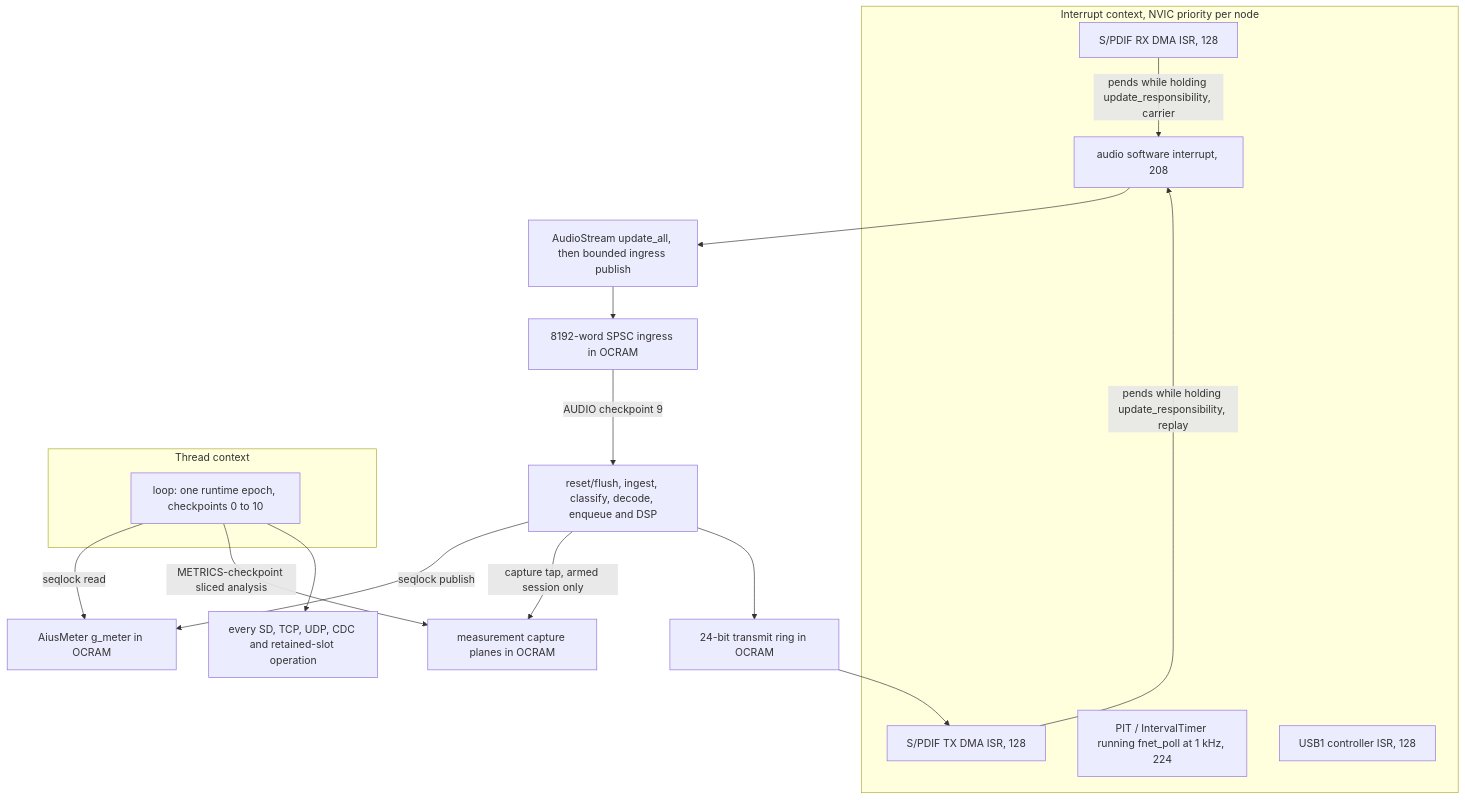
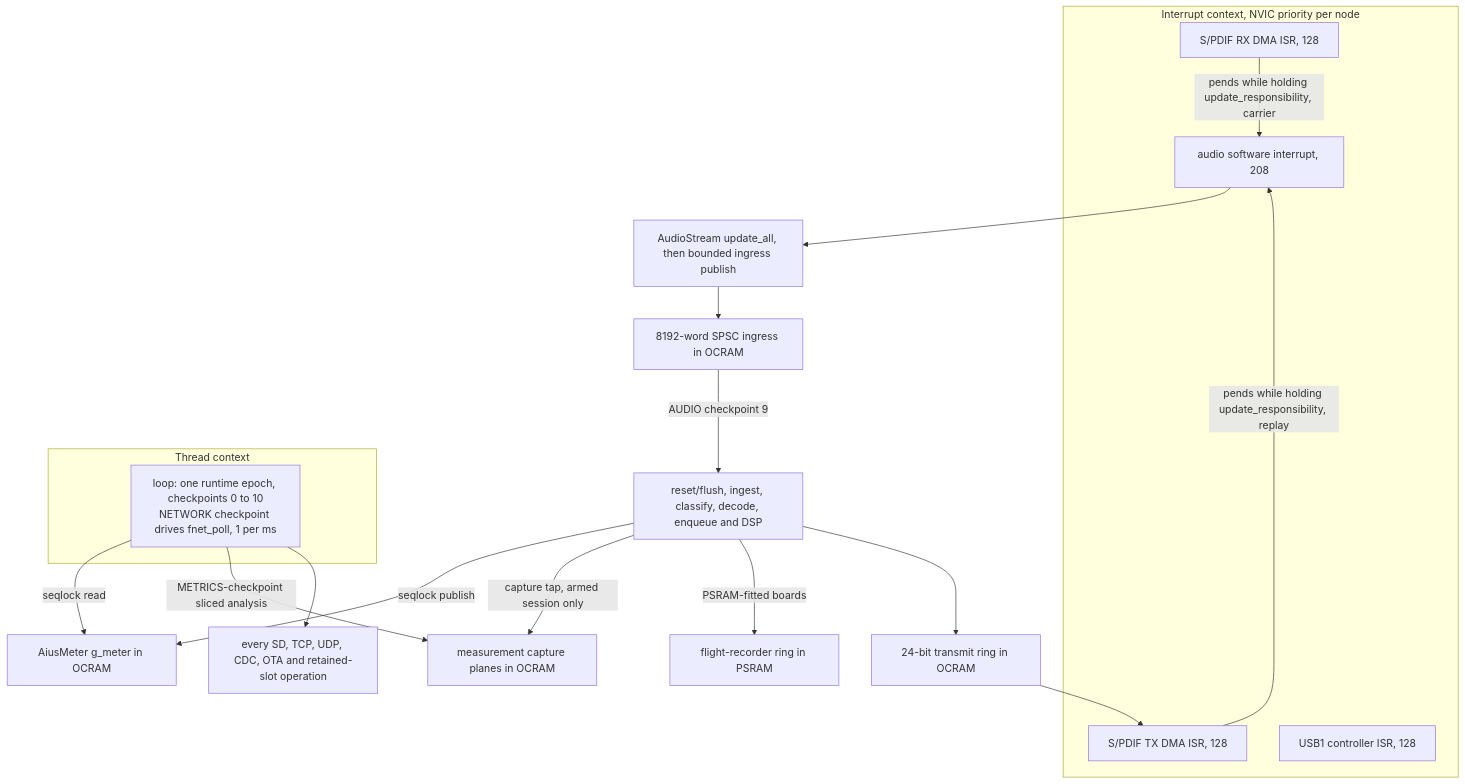
Before and after one commit to d3aek/aius: the diagram in docs/reference/firmware-io.md, drawn with Mermaid. The commit also changed other lines of this file and 24 other files, not shown here.

````diff
--- a/docs/reference/firmware-io.md
+++ b/docs/reference/firmware-io.md
@@ -93,25 +96,25 @@
 ```mermaid
 flowchart TB
   subgraph interrupt["Interrupt context, NVIC priority per node"]
     rx["S/PDIF RX DMA ISR, 128"]
     tx["S/PDIF TX DMA ISR, 128"]
     sw["audio software interrupt, 208"]
-    pit["PIT / IntervalTimer running fnet_poll at 1 kHz, 224"]
     usb["USB1 controller ISR, 128"]
   end
   subgraph thread["Thread context"]
-    epoch["loop: one runtime epoch, checkpoints 0 to 10"]
+    epoch["loop: one runtime epoch, checkpoints 0 to 10<br/>NETWORK checkpoint drives fnet_poll, 1 per ms"]
   end
   rx -->|pends while holding update_responsibility, carrier| sw
   tx -->|pends while holding update_responsibility, replay| sw
   sw --> publish["AudioStream update_all, then bounded ingress publish"]
   publish --> ingress["8192-word SPSC ingress in OCRAM"]
   ingress -->|AUDIO checkpoint 9| chain["reset/flush, ingest, classify, decode, enqueue and DSP"]
   chain -->|seqlock publish| meter["AiusMeter g_meter in OCRAM"]
   chain -->|capture tap, armed session only| cap["measurement capture planes in OCRAM"]
+  chain -->|PSRAM-fitted boards| rec["flight-recorder ring in PSRAM"]
   chain --> txring["24-bit transmit ring in OCRAM"]
   txring --> tx
   epoch -->|seqlock read| meter
   epoch -->|METRICS-checkpoint sliced analysis| cap
-  epoch --> io["every SD, TCP, UDP, CDC and retained-slot operation"]
+  epoch --> io["every SD, TCP, UDP, CDC, OTA and retained-slot operation"]
 ```
````
